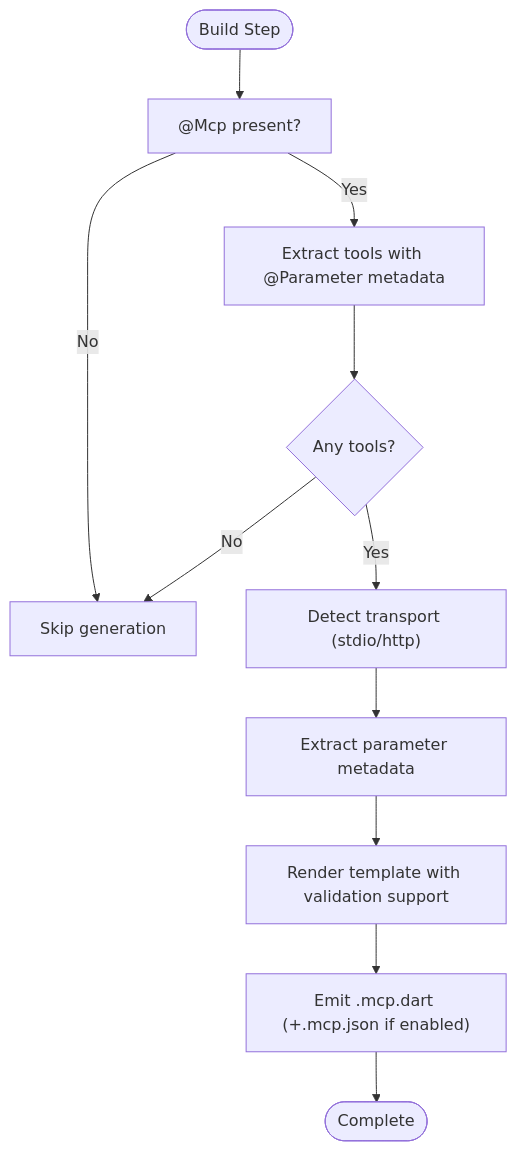
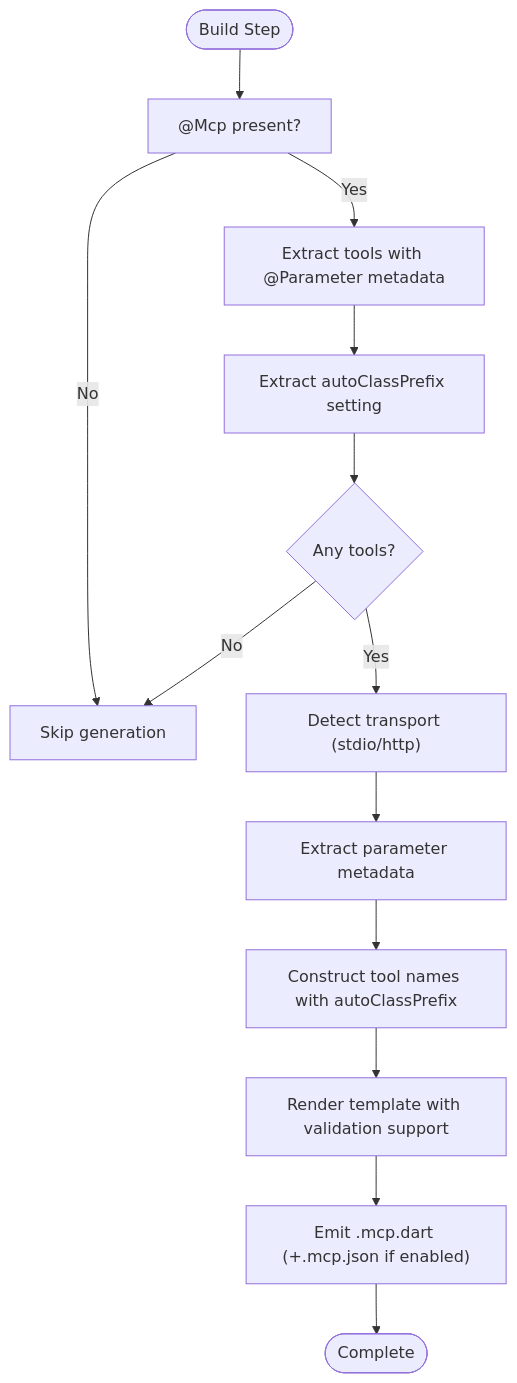
Before and after one commit to cdavis-code/easy_mcp_workspace: the fifth of 10 diagrams in .qoder/repowiki/en/content/Core Concepts/Code Generation Workflow.md, drawn with Mermaid. The commit also changed other lines of this file and 3 other files, not shown here.

````diff
--- a/.qoder/repowiki/en/content/Core Concepts/Code Generation Workflow.md
+++ b/.qoder/repowiki/en/content/Core Concepts/Code Generation Workflow.md
@@ -189,13 +235,15 @@
 ```mermaid
 flowchart TD
 Start(["Build Step"]) --> CheckMcp["@Mcp present?"]
 CheckMcp --> |No| Exit["Skip generation"]
 CheckMcp --> |Yes| Extract["Extract tools with @Parameter metadata"]
-Extract --> HasTools{"Any tools?"}
+Extract --> AutoPrefix["Extract autoClassPrefix setting"]
+AutoPrefix --> HasTools{"Any tools?"}
 HasTools --> |No| Exit
 HasTools --> |Yes| Transport["Detect transport (stdio/http)"]
 Transport --> ParamMeta["Extract parameter metadata"]
-ParamMeta --> Render["Render template with validation support"]
+ParamMeta --> NameConstruction["Construct tool names with autoClassPrefix"]
+NameConstruction --> Render["Render template with validation support"]
 Render --> Emit["Emit .mcp.dart (+.mcp.json if enabled)"]
 Emit --> Done(["Complete"])
 ```
````
